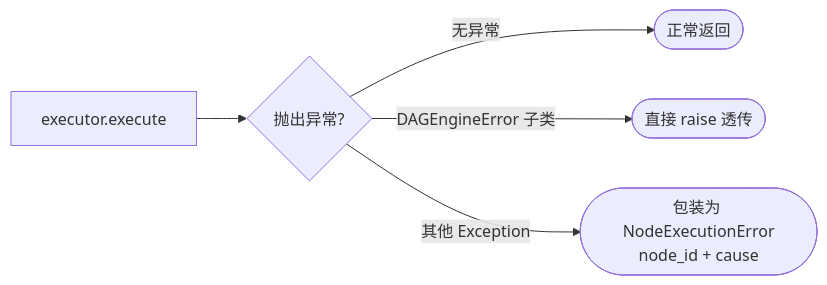
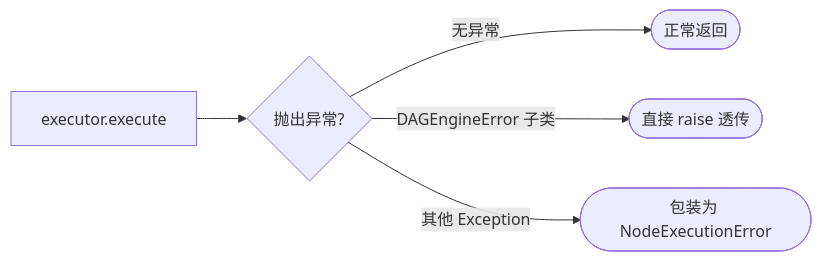
One commit to jianjian2048/okflow changed the fifth of 7 diagrams in document/dag-engine-design.md. Above: the diagram before and after it, drawn with Mermaid. The commit also changed other lines of this file and 2 other files, not shown here.

````diff
--- a/document/dag-engine-design.md
+++ b/document/dag-engine-design.md
@@ -370,7 +424,7 @@
 ```mermaid
 flowchart LR
     CALL[executor.execute] --> EXC{抛出异常?}
     EXC -- 无异常 --> OK([正常返回])
     EXC -- DAGEngineError 子类 --> RERAISE([直接 raise 透传])
-    EXC -- 其他 Exception --> WRAP([包装为 NodeExecutionError\nnode_id + cause])
+    EXC -- 其他 Exception --> WRAP([包装为 NodeExecutionError])
 ```
````
